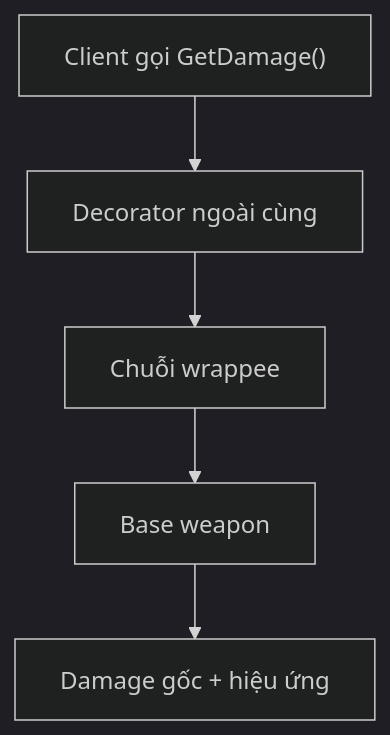
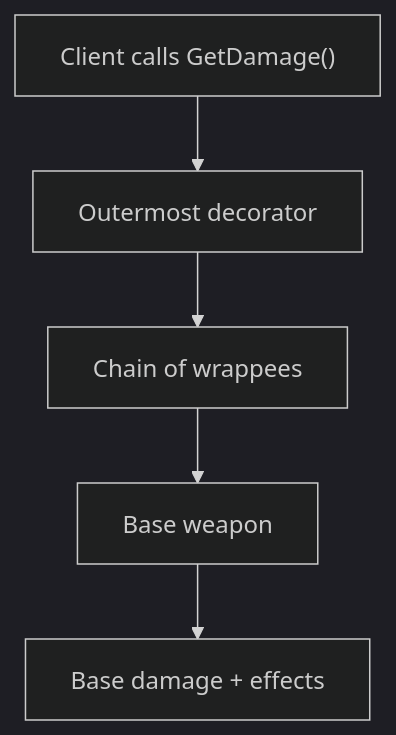
The second of 3 diagrams in Doc/en/02-Design-Patterns/02-Catalog/02-Structural/04-decorator.md (bugkodc/Road_Map_GameDev), drawn with Mermaid (dark theme) before and after one commit. The commit also changed other lines of this file and 38 other files, not shown here.

First line of the commit message:
Translate residual Vietnamese in English docs (diagrams, code, strings)

````diff
--- a/Doc/en/02-Design-Patterns/02-Catalog/02-Structural/04-decorator.md
+++ b/Doc/en/02-Design-Patterns/02-Catalog/02-Structural/04-decorator.md
@@ -59,7 +59,7 @@
 ```mermaid
 flowchart TD
-  Client["Client gọi GetDamage()"] --> Outer["Decorator ngoài cùng"]
-  Outer --> Inner["Chuỗi wrappee"]
+  Client["Client calls GetDamage()"] --> Outer["Outermost decorator"]
+  Outer --> Inner["Chain of wrappees"]
   Inner --> Base["Base weapon"]
-  Base --> Result["Damage gốc + hiệu ứng"]
+  Base --> Result["Base damage + effects"]
 ```
````
